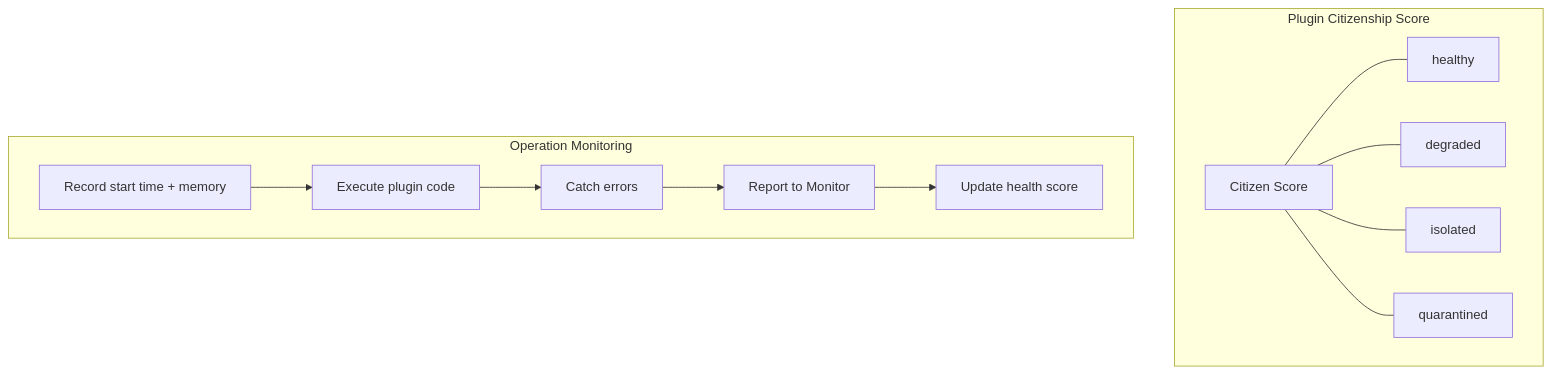
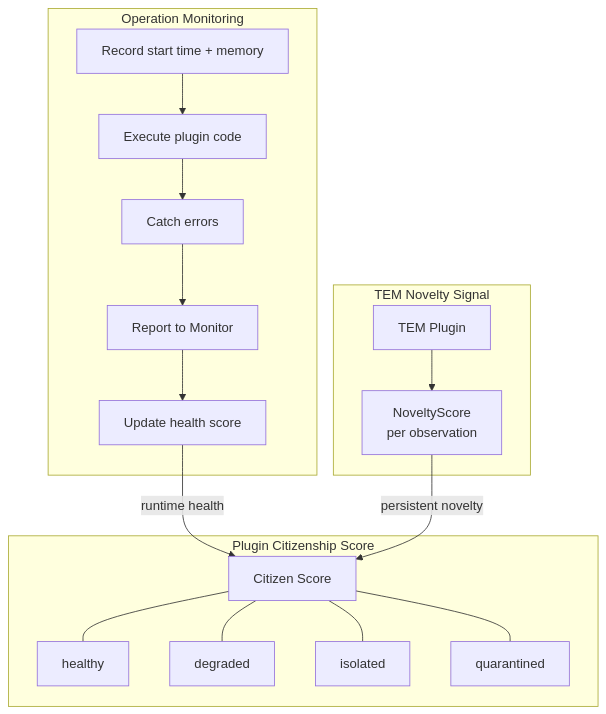
Before and after one commit to aretw0/refarm: the diagram in docs/diagrams/sovereignty-l4.mermaid, drawn with Mermaid. The commit also changed 4 other files, not shown here.

First line of the commit message:
docs(diagrams): add TEM diagrams and update layer + citizenship diagrams

```diff
--- a/docs/diagrams/sovereignty-l4.mermaid
+++ b/docs/diagrams/sovereignty-l4.mermaid
@@ -1,18 +1,27 @@
 graph TD
     subgraph Citizenship ["Plugin Citizenship Score"]
         Score[Citizen Score]
         Score --- S1[healthy]
         Score --- S2[degraded]
         Score --- S3[isolated]
         Score --- S4[quarantined]
     end
 
     subgraph Monitoring ["Operation Monitoring"]
         M1[Record start time + memory]
         M2[Execute plugin code]
         M3[Catch errors]
         M4[Report to Monitor]
         M5[Update health score]
-        
+
         M1 --> M2 --> M3 --> M4 --> M5
     end
+
+    subgraph TEMSignal ["TEM Novelty Signal"]
+        TEM[TEM Plugin]
+        NS[NoveltyScore\nper observation]
+        TEM --> NS
+    end
+
+    M5 -->|"runtime health"| Score
+    NS -->|"persistent novelty"| Score
```
